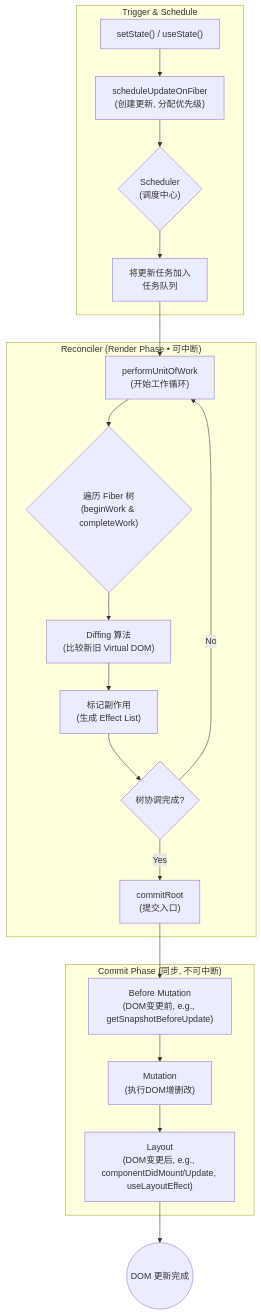
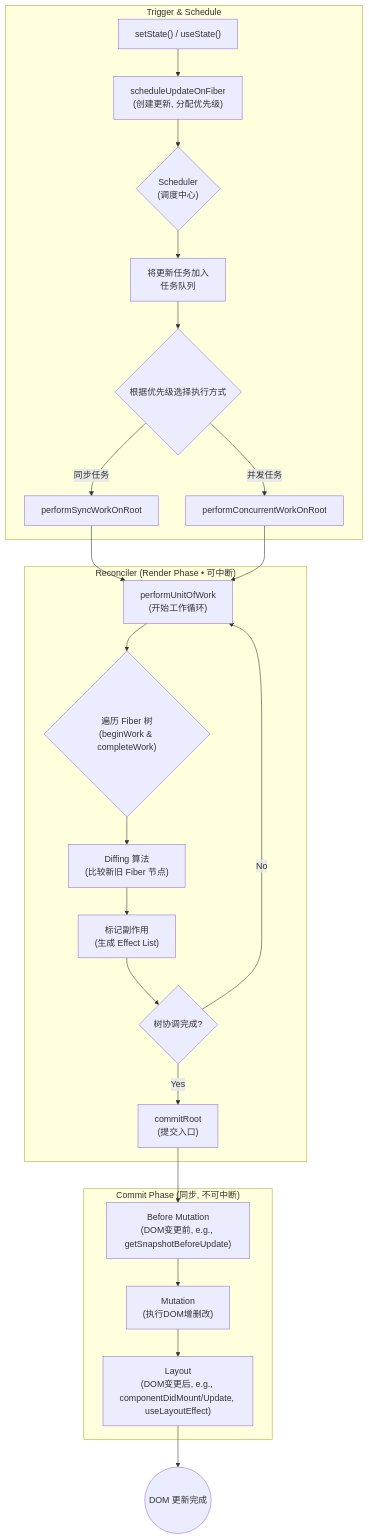
Before and after one commit to ChichengL/ChichengL.github.io: the first of 2 diagrams in docs/blog/FrontEnd/Framework/Vue-React/update.md, drawn with Mermaid. The commit also changed 6 other files, not shown here.

````diff
--- a/docs/blog/FrontEnd/Framework/Vue-React/update.md
+++ b/docs/blog/FrontEnd/Framework/Vue-React/update.md
@@ -49,27 +49,31 @@
 ```mermaid
 graph TD
     subgraph "Trigger & Schedule"
         A["setState() / useState()"] --> B["scheduleUpdateOnFiber<br/>(创建更新, 分配优先级)"]
         B --> C{"Scheduler<br/>(调度中心)"}
         C --> D["将更新任务加入<br/>任务队列"]
+        D --> E{"根据优先级选择执行方式"}
+        E -->|同步任务| F["performSyncWorkOnRoot"]
+        E -->|并发任务| G["performConcurrentWorkOnRoot"]
     end
 
     subgraph "Reconciler (Render Phase • 可中断)"
-        D --> E["performUnitOfWork<br/>(开始工作循环)"]
-        E --> F{"遍历 Fiber 树<br/>(beginWork & completeWork)"}
-        F --> G["Diffing 算法<br/>(比较新旧 Virtual DOM)"]
-        G --> H["标记副作用<br/>(生成 Effect List)"]
-        H --> I{"树协调完成?"}
-        I -- "No" --> E
-        I -- "Yes" --> J
+        F --> H["performUnitOfWork<br/>(开始工作循环)"]
+        G --> H
+        H --> I{"遍历 Fiber 树<br/>(beginWork & completeWork)"}
+        I --> J["Diffing 算法<br/>(比较新旧 Fiber 节点)"]
+        J --> K["标记副作用<br/>(生成 Effect List)"]
+        K --> L{"树协调完成?"}
+        L -- "No" --> H
+        L -- "Yes" --> M
     end
 
     subgraph "Commit Phase (同步, 不可中断)"
-        J["commitRoot<br/>(提交入口)"]
-        J --> K["Before Mutation<br/>(DOM变更前, e.g., getSnapshotBeforeUpdate)"]
-        K --> L["Mutation<br/>(执行DOM增删改)"]
-        L --> M["Layout<br/>(DOM变更后, e.g., componentDidMount/Update, useLayoutEffect)"]
+        M["commitRoot<br/>(提交入口)"]
+        M --> N["Before Mutation<br/>(DOM变更前, e.g., getSnapshotBeforeUpdate)"]
+        N --> O["Mutation<br/>(执行DOM增删改)"]
+        O --> P["Layout<br/>(DOM变更后, e.g., componentDidMount/Update, useLayoutEffect)"]
     end
 
-    M --> N(("DOM 更新完成"))
+    P --> Q(("DOM 更新完成"))
 ```
````
